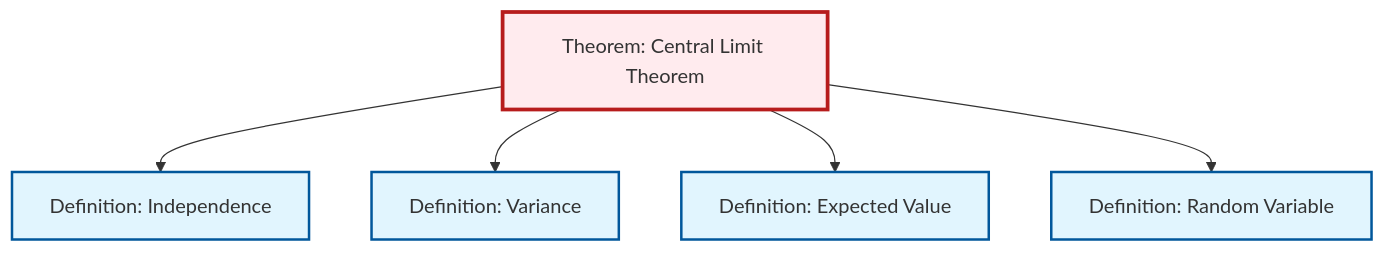
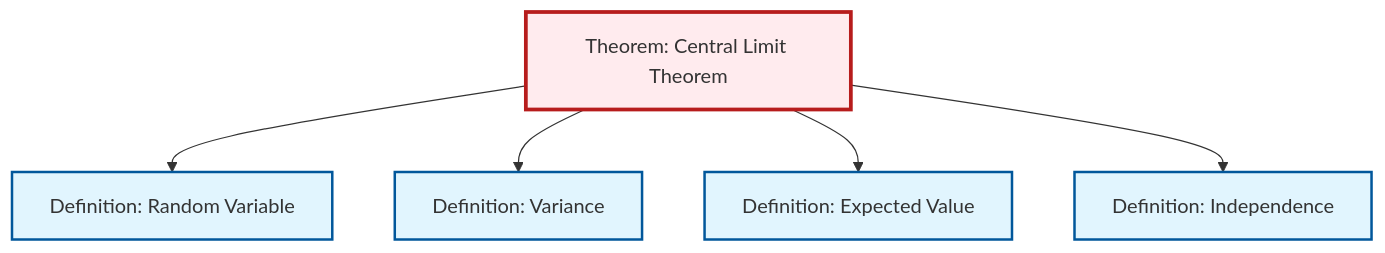
The second of 2 diagrams in content/ja/probability-statistics/thm-central-limit.qmd (RK0429/ModernMath), drawn with Mermaid before and after one commit. The commit also changed other lines of this file and 497 other files, not shown here.

````diff
--- a/content/ja/probability-statistics/thm-central-limit.qmd
+++ b/content/ja/probability-statistics/thm-central-limit.qmd
@@ -110,23 +110,23 @@
 ```{mermaid}
 %%| fig-cap: "Local dependency graph"
 graph TD
     classDef definition fill:#e1f5fe,stroke:#01579b,stroke-width:2px
     classDef theorem fill:#f3e5f5,stroke:#4a148c,stroke-width:2px
     classDef axiom fill:#fff3e0,stroke:#e65100,stroke-width:2px
     classDef example fill:#e8f5e9,stroke:#1b5e20,stroke-width:2px
     classDef current fill:#ffebee,stroke:#b71c1c,stroke-width:3px
+    def-random-variable["Definition: Random Variable"]:::definition
+    def-variance["Definition: Variance"]:::definition
     def-expectation["Definition: Expected Value"]:::definition
-    def-random-variable["Definition: Random Variable"]:::definition
+    thm-central-limit["Theorem: Central Limit Theorem"]:::theorem
     def-independence["Definition: Independence"]:::definition
-    thm-central-limit["Theorem: Central Limit Theorem"]:::theorem
-    def-variance["Definition: Variance"]:::definition
-    thm-central-limit --> def-independence
+    thm-central-limit --> def-random-variable
     thm-central-limit --> def-variance
     thm-central-limit --> def-expectation
-    thm-central-limit --> def-random-variable
+    thm-central-limit --> def-independence
     class thm-central-limit current
+    click def-random-variable "def-random-variable.html" "Definition: Random Variableへ"
+    click def-variance "def-variance.html" "Definition: Varianceへ"
     click def-expectation "def-expectation.html" "Definition: Expected Valueへ"
-    click def-random-variable "def-random-variable.html" "Definition: Random Variableへ"
     click def-independence "def-independence.html" "Definition: Independenceへ"
-    click def-variance "def-variance.html" "Definition: Varianceへ"
 ```
````
